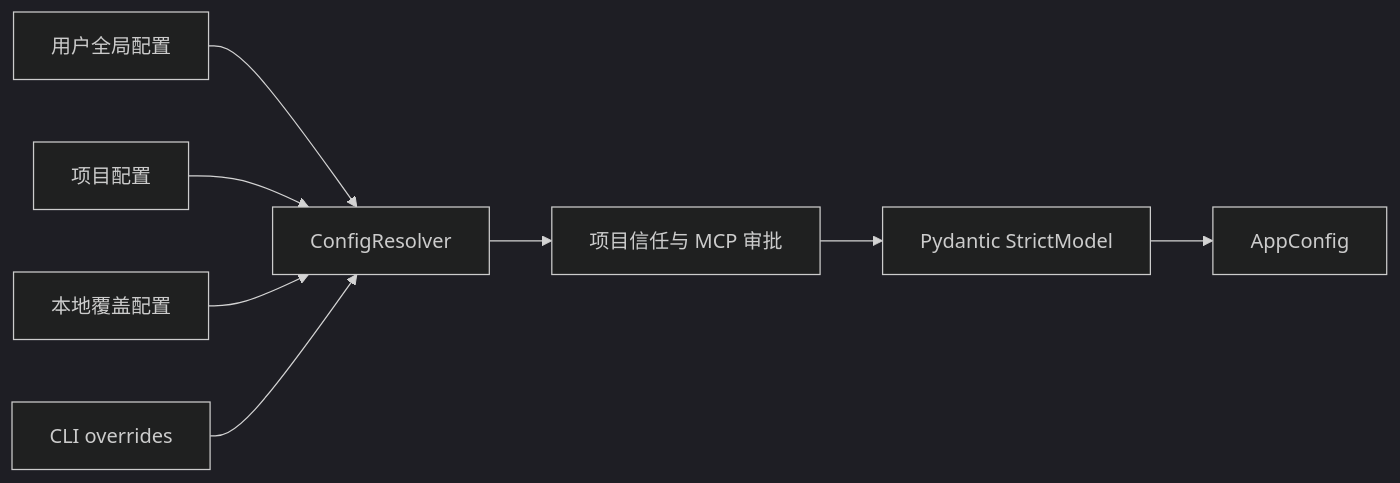
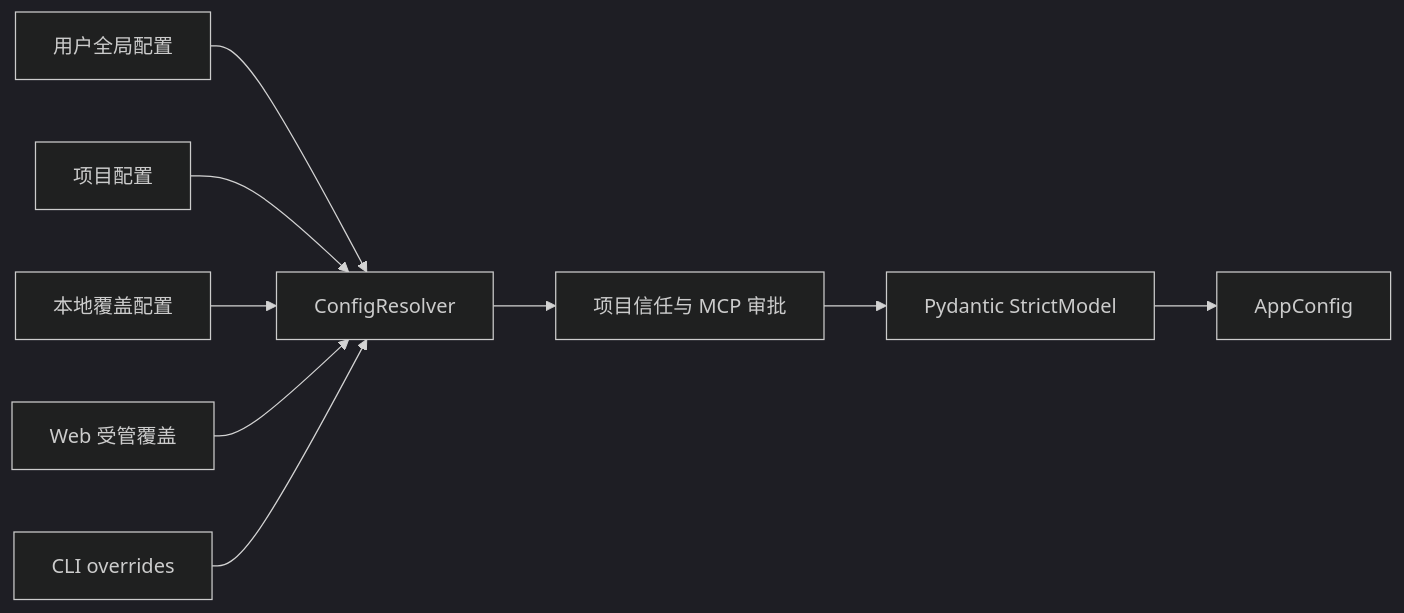
The first of 2 diagrams in docs/architecture-guide/07-configuration-and-data.md (JasonYZzz/lumen), drawn with Mermaid (dark theme) before and after one commit. The commit also changed other lines of this file and 162 other files, not shown here.

````diff
--- a/docs/architecture-guide/07-configuration-and-data.md
+++ b/docs/architecture-guide/07-configuration-and-data.md
@@ -7,10 +7,11 @@
 ```mermaid
 flowchart LR
     Global["用户全局配置"] --> Merge["ConfigResolver"]
     Project["项目配置"] --> Merge
     Local["本地覆盖配置"] --> Merge
+    Managed["Web 受管覆盖"] --> Merge
     CLI["CLI overrides"] --> Merge
     Merge --> Trust["项目信任与 MCP 审批"]
     Trust --> Validate["Pydantic StrictModel"]
     Validate --> App["AppConfig"]
 ```
````
